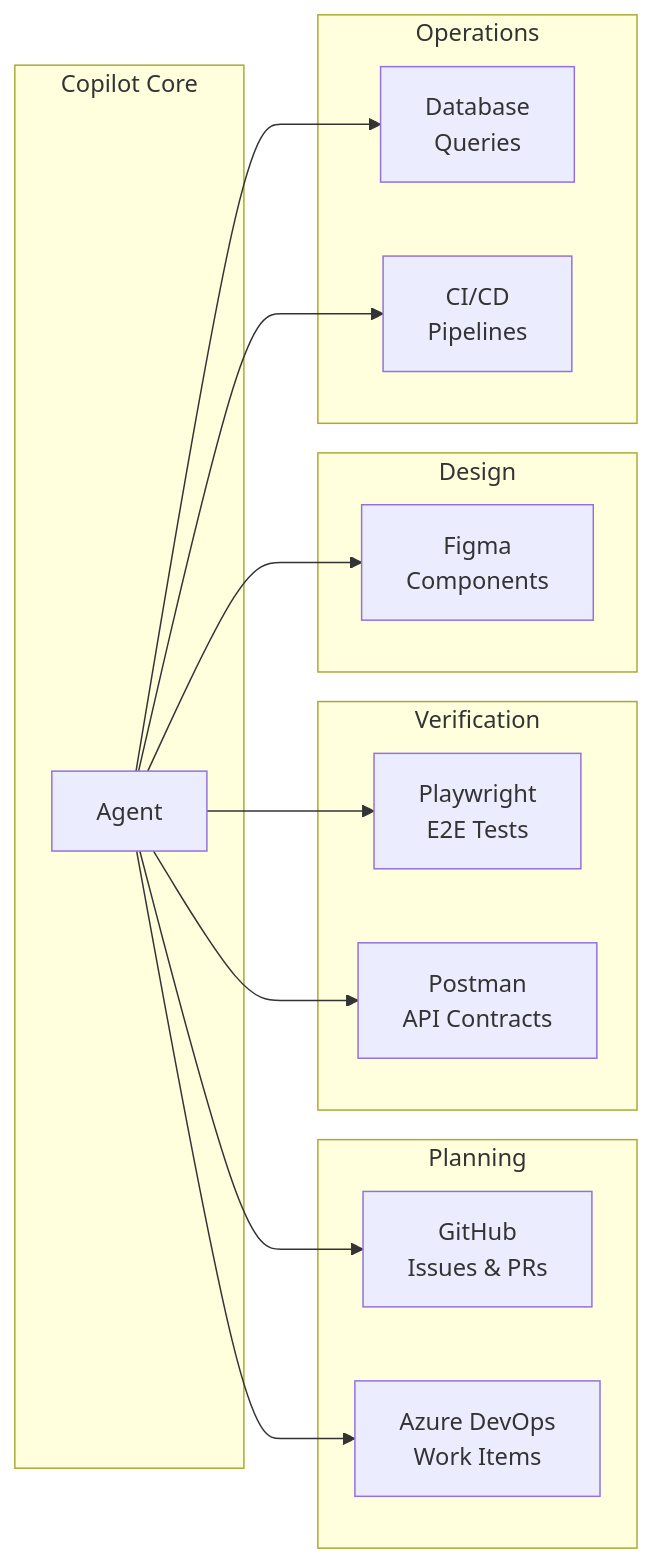
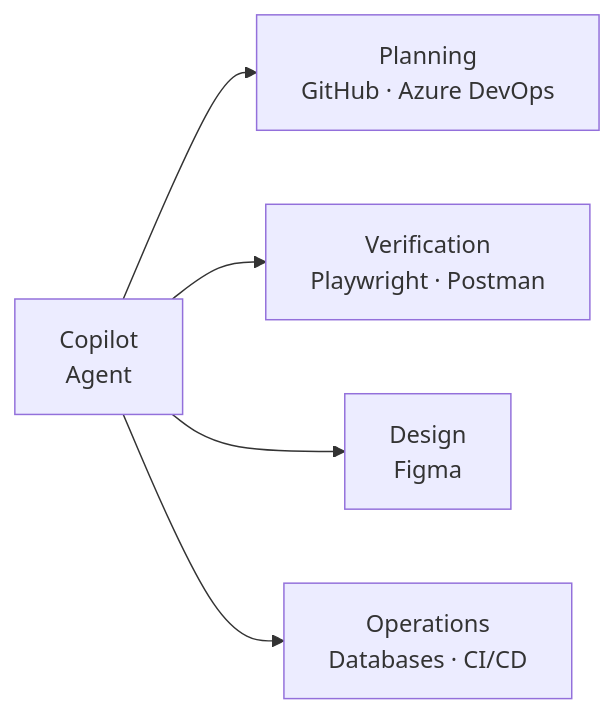
Before and after one commit to juangcarmona/github_copilot_000_hub: the diagram in slides/pages/301/capability-expansion.md, drawn with Mermaid. The commit also changed other lines of this file and 201 other files, not shown here.

````diff
--- a/slides/pages/301/capability-expansion.md
+++ b/slides/pages/301/capability-expansion.md
@@ -10,28 +10,8 @@
 ```mermaid
 flowchart LR
-  subgraph Core["Copilot Core"]
-    AG["Agent"]
-  end
-  subgraph Planning["Planning"]
-    GH["GitHub<br/>Issues & PRs"]
-    ADO["Azure DevOps<br/>Work Items"]
-  end
-  subgraph Verification["Verification"]
-    PW["Playwright<br/>E2E Tests"]
-    PM["Postman<br/>API Contracts"]
-  end
-  subgraph Design["Design"]
-    FG["Figma<br/>Components"]
-  end
-  subgraph Ops["Operations"]
-    DB["Database<br/>Queries"]
-    CI["CI/CD<br/>Pipelines"]
-  end
-  AG --> GH
-  AG --> ADO
-  AG --> PW
-  AG --> PM
-  AG --> FG
-  AG --> DB
-  AG --> CI
+  AG["Copilot<br/>Agent"]
+  AG --> P["Planning<br/>GitHub · Azure DevOps"]
+  AG --> V["Verification<br/>Playwright · Postman"]
+  AG --> D["Design<br/>Figma"]
+  AG --> O["Operations<br/>Databases · CI/CD"]
 ```
````
